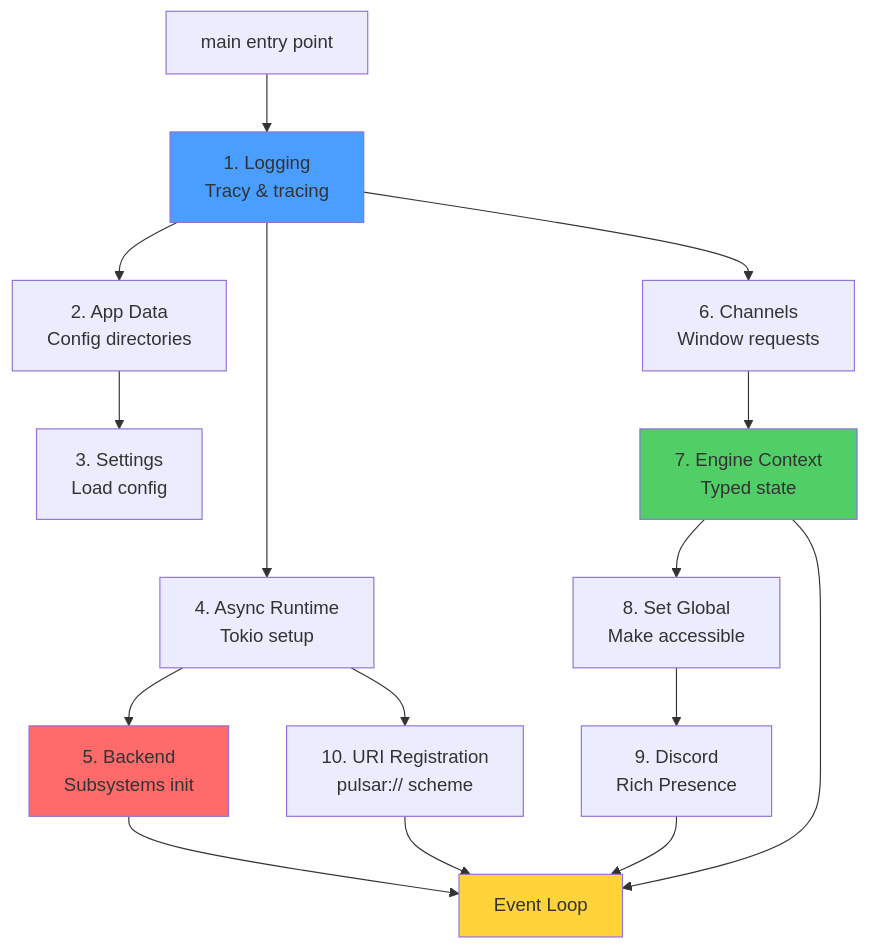
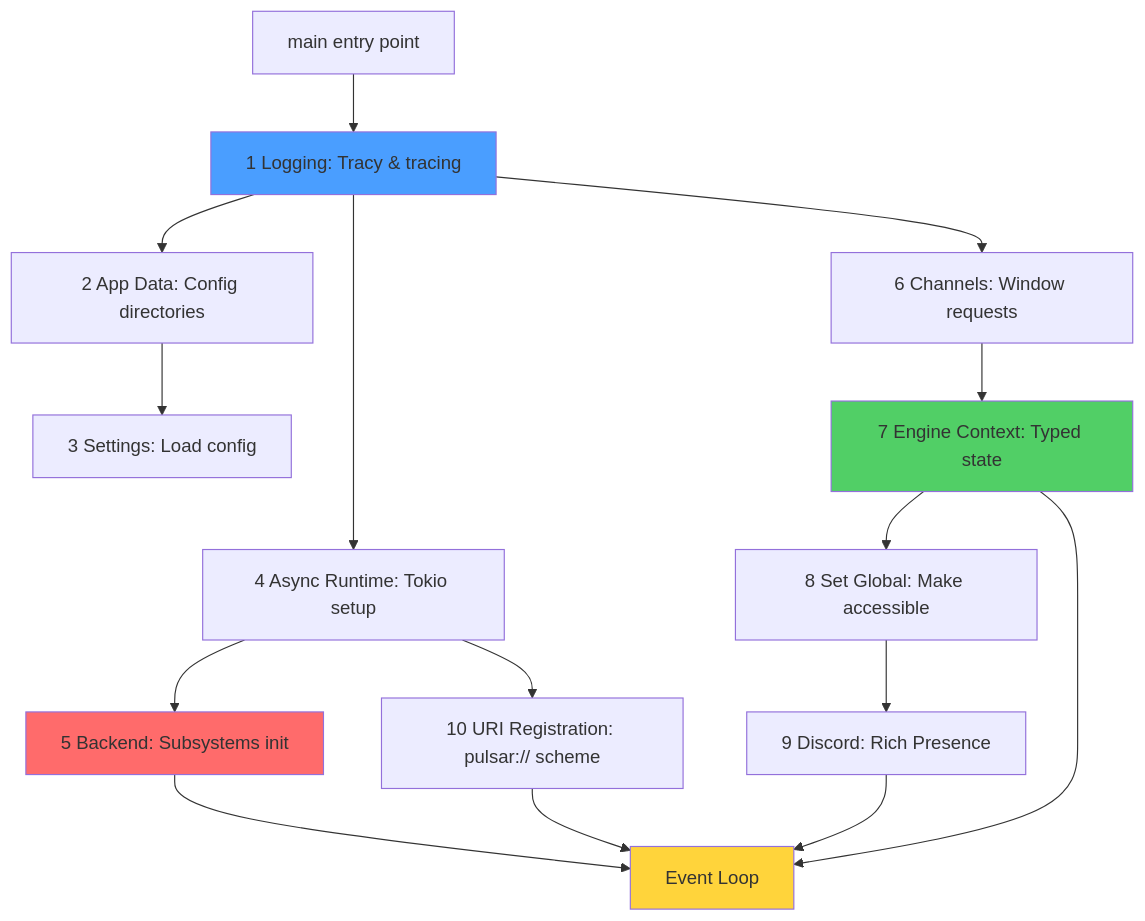
Before and after one commit to Far-Beyond-Pulsar/docs: the first of 5 diagrams in public/docs/core-concepts/architecture.md, drawn with Mermaid. The commit also changed other lines of this file and 2 other files, not shown here.

First line of the commit message:
Refine architecture diagrams and update generated docs

````diff
--- a/public/docs/core-concepts/architecture.md
+++ b/public/docs/core-concepts/architecture.md
@@ -138,23 +138,23 @@
 ```mermaid
 graph TD
-    START[main entry point] --> LOGGING[1. Logging<br/>Tracy & tracing]
-    LOGGING --> APPDATA[2. App Data<br/>Config directories]
-    APPDATA --> SETTINGS[3. Settings<br/>Load config]
-    LOGGING --> RUNTIME[4. Async Runtime<br/>Tokio setup]
-    RUNTIME --> BACKEND[5. Backend<br/>Subsystems init]
-    LOGGING --> CHANNELS[6. Channels<br/>Window requests]
-    CHANNELS --> CONTEXT[7. Engine Context<br/>Typed state]
-    CONTEXT --> GLOBAL[8. Set Global<br/>Make accessible]
-    GLOBAL --> DISCORD[9. Discord<br/>Rich Presence]
-    RUNTIME --> URI[10. URI Registration<br/>pulsar:// scheme]
+    START["main entry point"] --> LOGGING["1 Logging: Tracy & tracing"]
+    LOGGING --> APPDATA["2 App Data: Config directories"]
+    APPDATA --> SETTINGS["3 Settings: Load config"]
+    LOGGING --> RUNTIME["4 Async Runtime: Tokio setup"]
+    RUNTIME --> BACKEND["5 Backend: Subsystems init"]
+    LOGGING --> CHANNELS["6 Channels: Window requests"]
+    CHANNELS --> CONTEXT["7 Engine Context: Typed state"]
+    CONTEXT --> GLOBAL["8 Set Global: Make accessible"]
+    GLOBAL --> DISCORD["9 Discord: Rich Presence"]
+    RUNTIME --> URI["10 URI Registration: pulsar:// scheme"]
 
-    BACKEND --> EVENTLOOP[Event Loop]
+    BACKEND --> EVENTLOOP["Event Loop"]
     CONTEXT --> EVENTLOOP
     DISCORD --> EVENTLOOP
     URI --> EVENTLOOP
 
     style LOGGING fill:#4a9eff
     style BACKEND fill:#ff6b6b
     style CONTEXT fill:#51cf66
     style EVENTLOOP fill:#ffd43b
 ```
````
